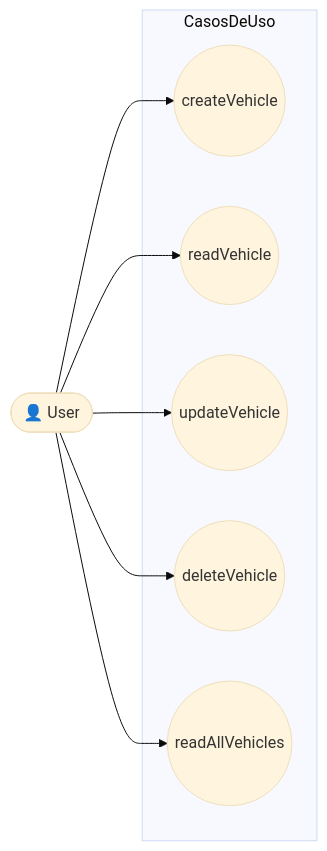
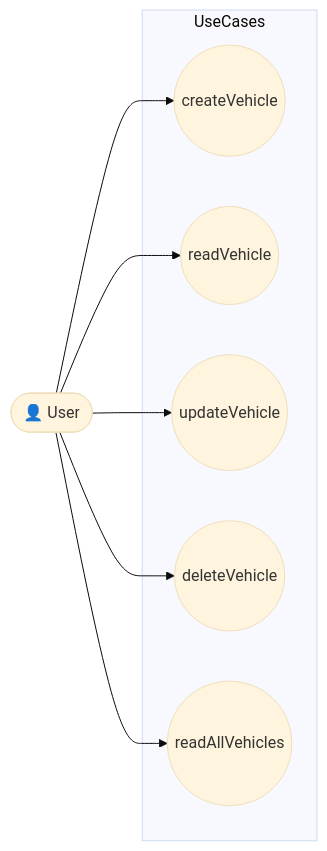
One commit to alex-boni/QuickStop changed the diagram in docs/Casos de Uso/Vehiculo-CU.md. Above: the diagram before and after it, drawn with Mermaid (base theme).

Commit message:
Rename subgraph from 'CasosDeUso' to 'UseCases'

````diff
--- a/docs/Casos de Uso/Vehiculo-CU.md
+++ b/docs/Casos de Uso/Vehiculo-CU.md
@@ -1,20 +1,20 @@
 ```mermaid
 flowchart LR
   actorUser([👤 User])
 
-  subgraph CasosDeUso
+  subgraph UseCases
     U1((createVehicle))
     U2((readVehicle))
     U3((updateVehicle))
     U4((deleteVehicle))
     U5((readAllVehicles))
 
   end
 
   actorUser --> U1
   actorUser --> U2
   actorUser --> U3
   actorUser --> U4
   actorUser --> U5
 
 ```
````
